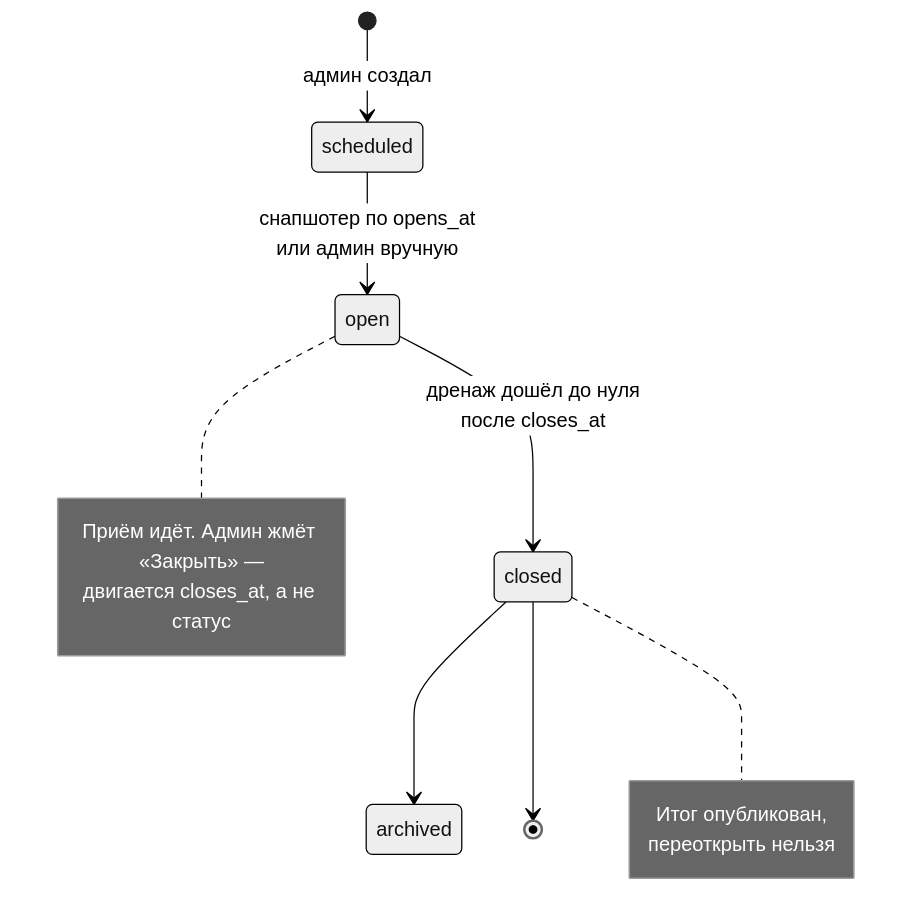
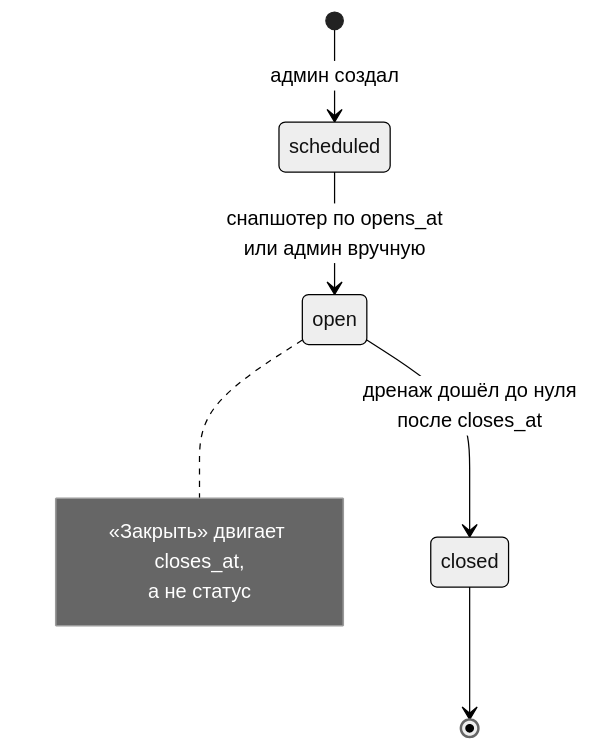
The third of 3 diagrams in README.md (dubter/televote), drawn with Mermaid (neutral theme) before and after one commit. The commit also changed other lines of this file and 3 other files, not shown here.

First line of the commit message:
README короче и с третьей диаграммой, минус три тавтологии в тестах

````diff
--- a/README.md
+++ b/README.md
@@ -102,17 +116,12 @@
 ```mermaid
 stateDiagram-v2
     [*] --> scheduled: админ создал
     scheduled --> open: снапшотер по opens_at<br/>или админ вручную
     open --> closed: дренаж дошёл до нуля<br/>после closes_at
-    closed --> archived
     closed --> [*]
 
     note right of open
-        Приём идёт. Админ жмёт «Закрыть» —
-        двигается closes_at, а не статус
-    end note
-    note right of closed
-        Итог опубликован,
-        переоткрыть нельзя
+        «Закрыть» двигает closes_at,
+        а не статус
     end note
 ```
````
